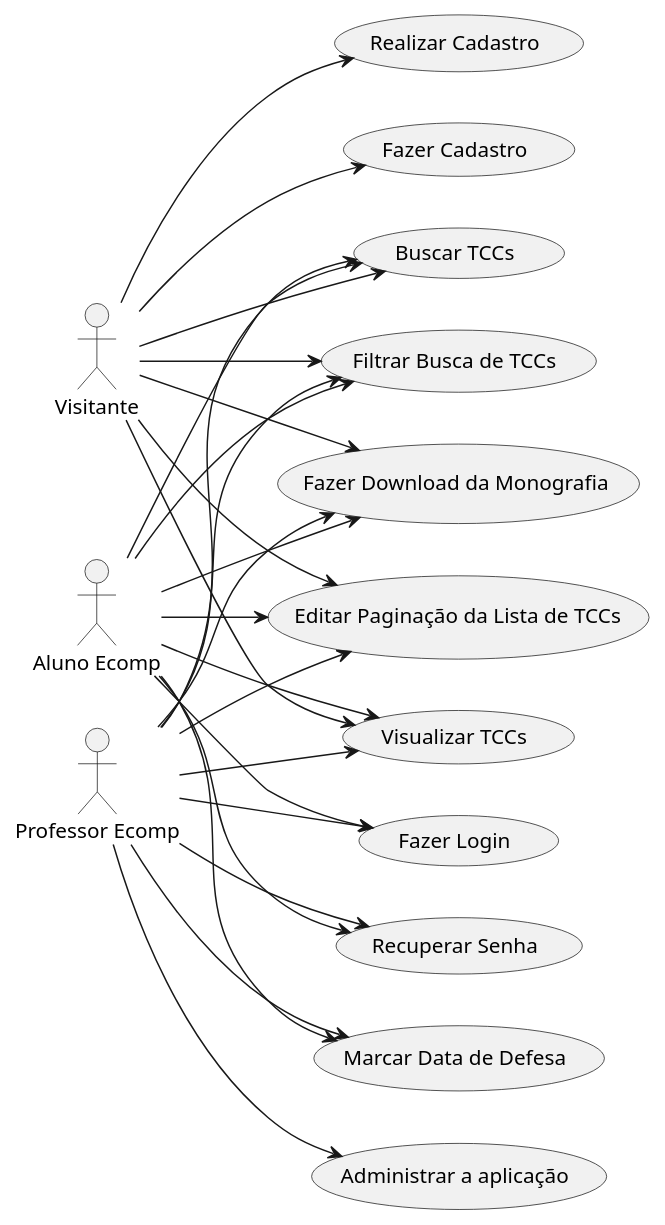
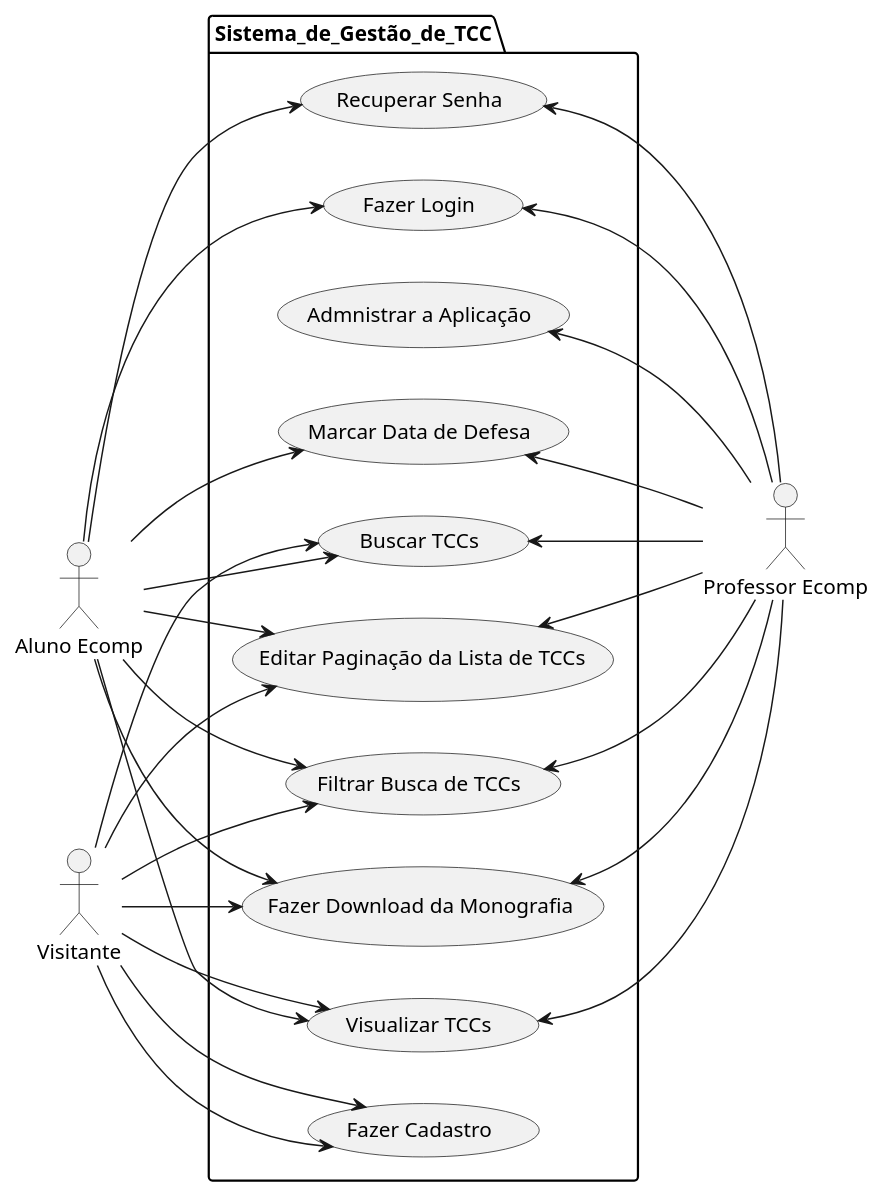
Before and after one commit to LMM-Eng-Software/Monitora-TCC: the diagram in casos.plantuml, drawn with PlantUML.

Commit message:
add package diagrama casos de uso

```diff
--- a/casos.plantuml
+++ b/casos.plantuml
@@ -1,51 +1,54 @@
-@startuml casos de uso
+@startuml casosdeuso
 left to right direction
 
 "Professor Ecomp" as Prof
 "Aluno Ecomp" as Aluno
 "Visitante" as Visit
 
+package Sistema_de_Gestão_de_TCC {
 "Visualizar TCCs" as (Visualizar)
 "Buscar TCCs" as (Buscar)
 "Filtrar Busca de TCCs" as (Filtrar)
 "Fazer Download da Monografia" as (Download)
 "Fazer Login" as (Login)
 "Editar Paginação da Lista de TCCs" as (Paginar)
 "Recuperar Senha" as (Senha)
 "Fazer Cadastro" as (Cadastro)
 "Marcar Data de Defesa" as (Data)
+"Admnistrar a Aplicação" as (Adm)
+}
+:Prof: -up-> (Buscar)
+:Prof: -up-> (Visualizar)
+:Prof: -up-> (Download)
+:Prof: -up-> (Filtrar)
+:Prof: -up-> (Paginar)
+:Prof: -up-> (Login)
+:Prof: -up-> (Senha)
+:Prof: -up-> (Data)
+:Prof: -up-> (Adm)
 
 :Visit: --> (Visualizar)
 :Aluno: --> (Visualizar)
-:Prof: --> (Visualizar)
+
 
 :Visit: --> (Buscar)
 :Aluno: --> (Buscar)
-:Prof: --> (Buscar)
 
 :Visit: --> (Download)
 :Aluno: --> (Download)
-:Prof: --> (Download)
 
 :Visit: --> (Filtrar)
 :Aluno: --> (Filtrar)
-:Prof: --> (Filtrar)
 
 :Visit: --> (Paginar)
 :Aluno: --> (Paginar)
-:Prof: --> (Paginar)
 
 :Visit: --> (Cadastro)
 
 :Aluno: --> (Login)
 :Aluno: --> (Senha)
-:Prof: --> (Login)
-:Prof: --> (Senha)
 
 :Aluno: --> (Data)
-:Prof: --> (Data)
 
-
-:Prof: --> (Administrar a aplicação)
-:Visit: --> (Realizar Cadastro)
+:Visit: --> (Cadastro)
 @enduml
```
